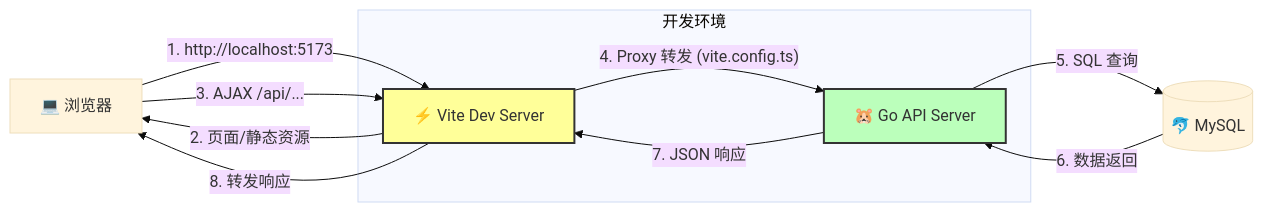
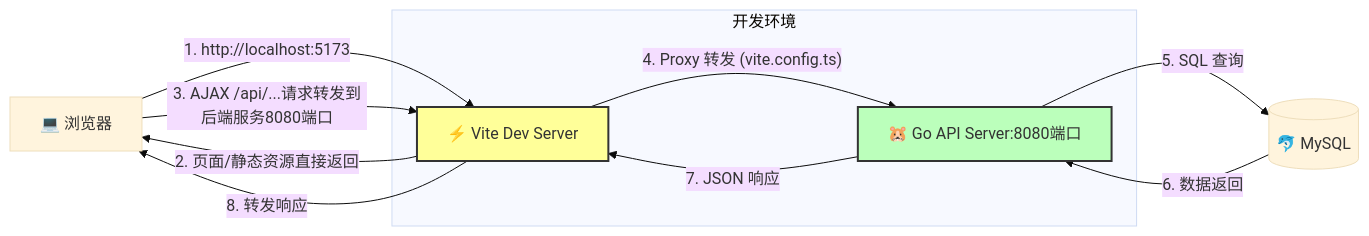
One commit to vfan/go-web-mvc changed the first of 3 diagrams in README.md. Above: the diagram before and after it, drawn with Mermaid (base theme). The commit also changed other lines of this file, not shown here.

Commit message:
docs: 更新README文档，优化开发环境代理流程图描述，明确Go API Server端口和请求转发流程

````diff
--- a/README.md
+++ b/README.md
@@ -110,30 +109,30 @@
 ```mermaid
 graph LR
     Browser[💻 浏览器]
     
     subgraph DevEnvironment ["开发环境"]
         Vite[⚡ Vite Dev Server]
-        GoServer[🐹 Go API Server]
+        GoServer[🐹 Go API Server:8080端口]
     end
     
     DB[(🐬 MySQL)]
 
     %% 连接关系
     Browser -- "1. http://localhost:5173" --> Vite
     
-    Vite -- "2. 页面/静态资源" --> Browser
+    Vite -- "2. 页面/静态资源直接返回" --> Browser
     
-    Browser -- "3. AJAX /api/..." --> Vite
+    Browser -- "3. AJAX /api/...请求转发到后端服务8080端口" --> Vite
     
     Vite -- "4. Proxy 转发 (vite.config.ts)" --> GoServer
     
     GoServer -- "5. SQL 查询" --> DB
     DB -- "6. 数据返回" --> GoServer
     
     GoServer -- "7. JSON 响应" --> Vite
     Vite -- "8. 转发响应" --> Browser
 
     %% 样式
     style Vite fill:#ff9,stroke:#333,stroke-width:2px
     style GoServer fill:#bfb,stroke:#333,stroke-width:2px
 ```
````
